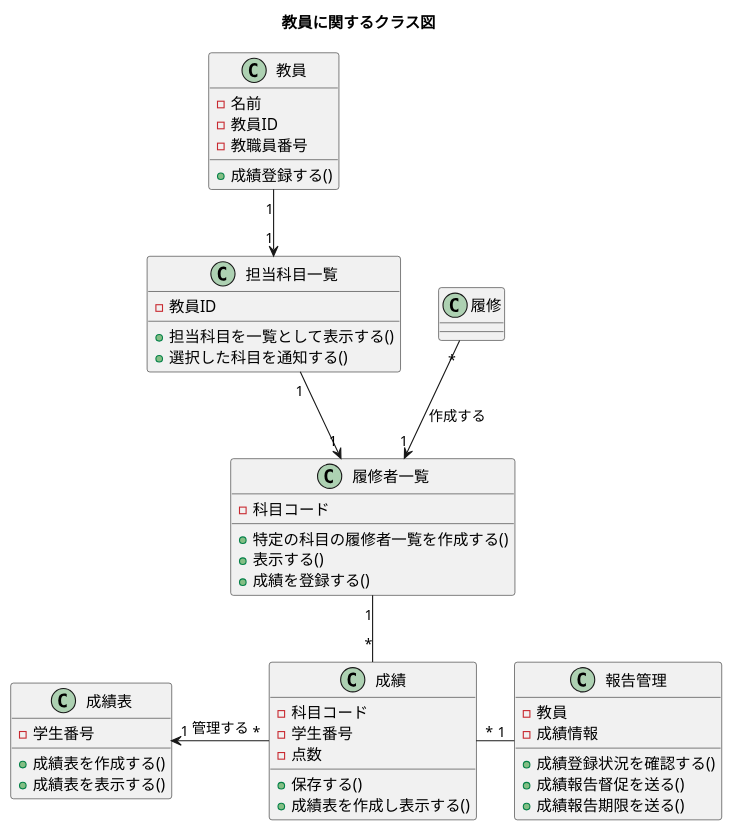
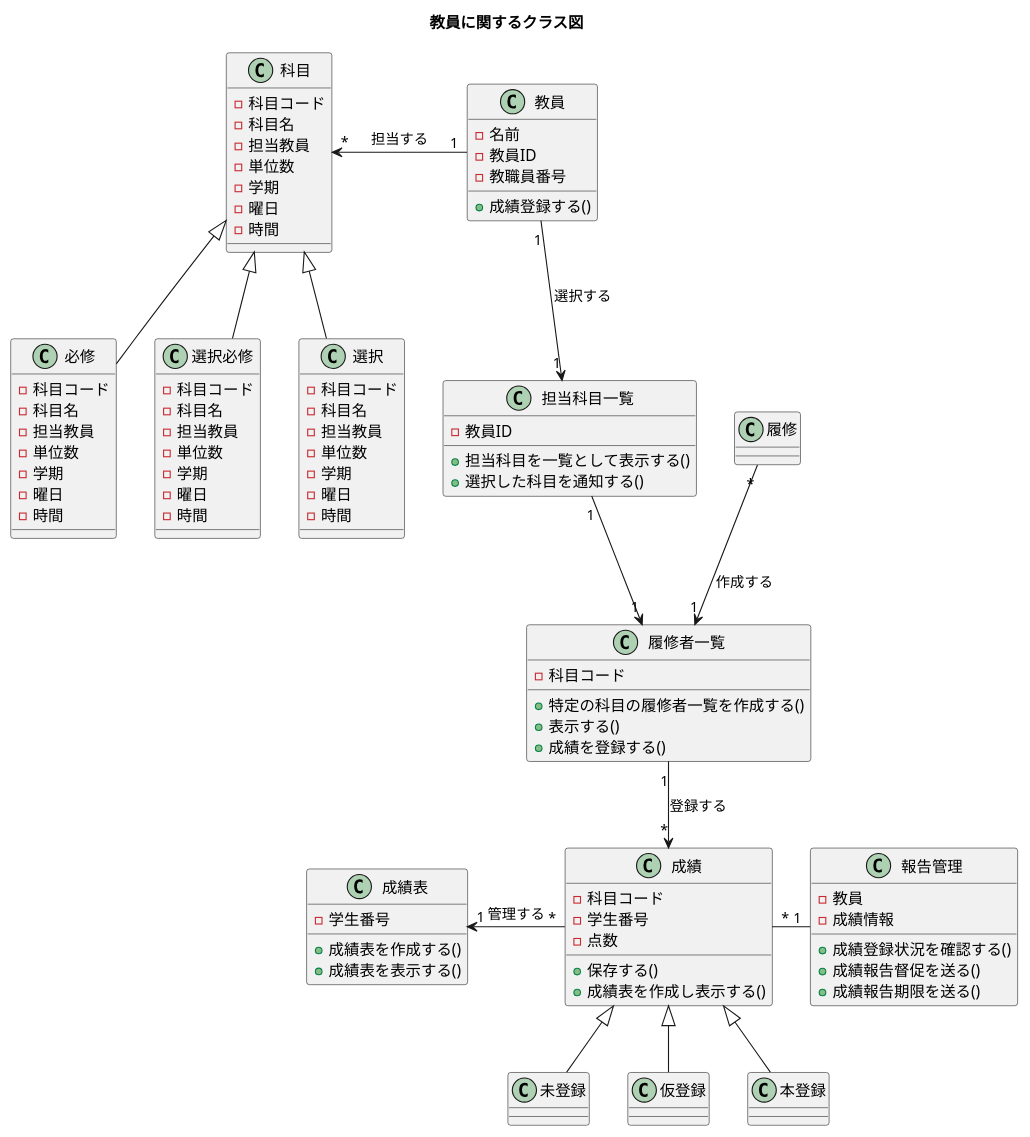
One commit to tanusai646/software-desine changed the diagram in uml/15/class/class4.puml. Above: the diagram before and after it, drawn with PlantUML. The commit also changed 22 other files, not shown here.

```diff
--- a/uml/15/class/class4.puml
+++ b/uml/15/class/class4.puml
@@ -1,54 +1,115 @@
-@startuml 9-3
+@startuml 5-4
 title 教員に関するクラス図
 '教員に関連するクラス'
 
 class 教員{
     - 名前
     - 教員ID
     - 教職員番号
     + 成績登録する()
+}
+
+class 科目{
+    - 科目コード
+    - 科目名
+    - 担当教員
+    - 単位数
+    - 学期
+    - 曜日
+    - 時間
+}
+
+class 必修{
+    - 科目コード
+    - 科目名
+    - 担当教員
+    - 単位数
+    - 学期
+    - 曜日
+    - 時間
+}
+
+class 選択必修{
+    - 科目コード
+    - 科目名
+    - 担当教員
+    - 単位数
+    - 学期
+    - 曜日
+    - 時間  
+}
+
+class 選択{
+    - 科目コード
+    - 科目名
+    - 担当教員
+    - 単位数
+    - 学期
+    - 曜日
+    - 時間
 }
 
 class 担当科目一覧{
     - 教員ID
     + 担当科目を一覧として表示する()
     + 選択した科目を通知する()
 }
 
 class 成績 {
     - 科目コード
     - 学生番号
     - 点数
     + 保存する()
     + 成績表を作成し表示する()
 }
 
 class 成績表 {
     - 学生番号
     + 成績表を作成する()
     + 成績表を表示する()
 }
 
 class 報告管理 {
     - 教員
     - 成績情報
     + 成績登録状況を確認する()
     + 成績報告督促を送る()
     + 成績報告期限を送る()
 }
 
 class 履修者一覧 {
     - 科目コード
     + 特定の科目の履修者一覧を作成する()
     + 表示する()
     + 成績を登録する()
 }
 
-教員 "1"-->"1" 担当科目一覧
-担当科目一覧 "1"-->"1" 履修者一覧
+class 未登録{
+
+}
+
+class 仮登録{
+
+}
+
+class 本登録{
+
+}
+
+教員 "1"-->"1" 担当科目一覧 : 選択する
+教員 "1"-left->"*" 科目 : 担当する
+担当科目一覧 "1"-->"1" 履修者一覧 
 履修 "*"-->"1" 履修者一覧 : 作成する
-履修者一覧 "1"--"*" 成績
+履修者一覧 "1"-->"*" 成績 : 登録する
 成績 "*"-left->"1" 成績表 : 管理する
 成績 "*"-right-"1" 報告管理
 
+成績 <|-- 未登録
+成績 <|-- 仮登録
+成績 <|-- 本登録
+
+科目 <|-- 必修
+科目 <|-- 選択必修
+科目 <|-- 選択
+
 @enduml
```
